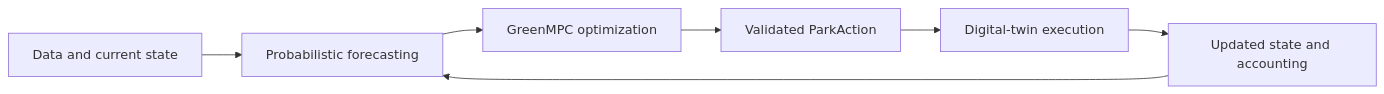
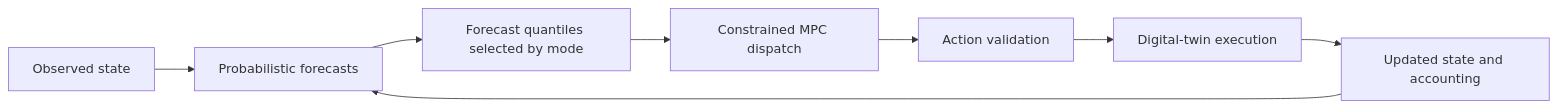
Before and after one commit to anthe8105/GreenMPC_VAIC: the first of 2 diagrams in README.md, drawn with Mermaid. The commit also changed other lines of this file, not shown here.

````diff
--- a/README.md
+++ b/README.md
@@ -66,9 +82,10 @@
 ```mermaid
 flowchart LR
-    State[Data and current state] --> Forecast[Probabilistic forecasting]
-    Forecast --> MPC[GreenMPC optimization]
-    MPC --> Action[Validated ParkAction]
-    Action --> Twin[Digital-twin execution]
-    Twin --> Updated[Updated state and accounting]
-    Updated --> Forecast
+    A[Observed state] --> B[Probabilistic forecasts]
+    B --> C[Forecast quantiles selected by mode]
+    C --> D[Constrained MPC dispatch]
+    D --> E[Action validation]
+    E --> F[Digital-twin execution]
+    F --> G[Updated state and accounting]
+    G --> B
 ```
````
